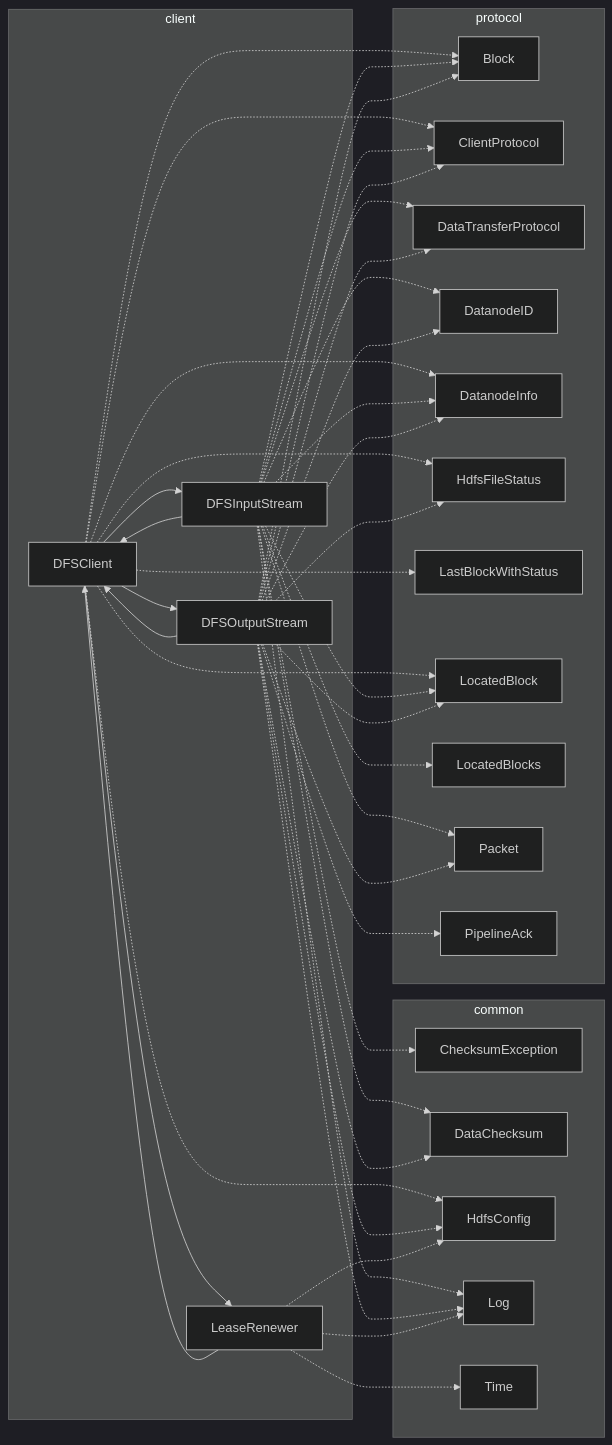
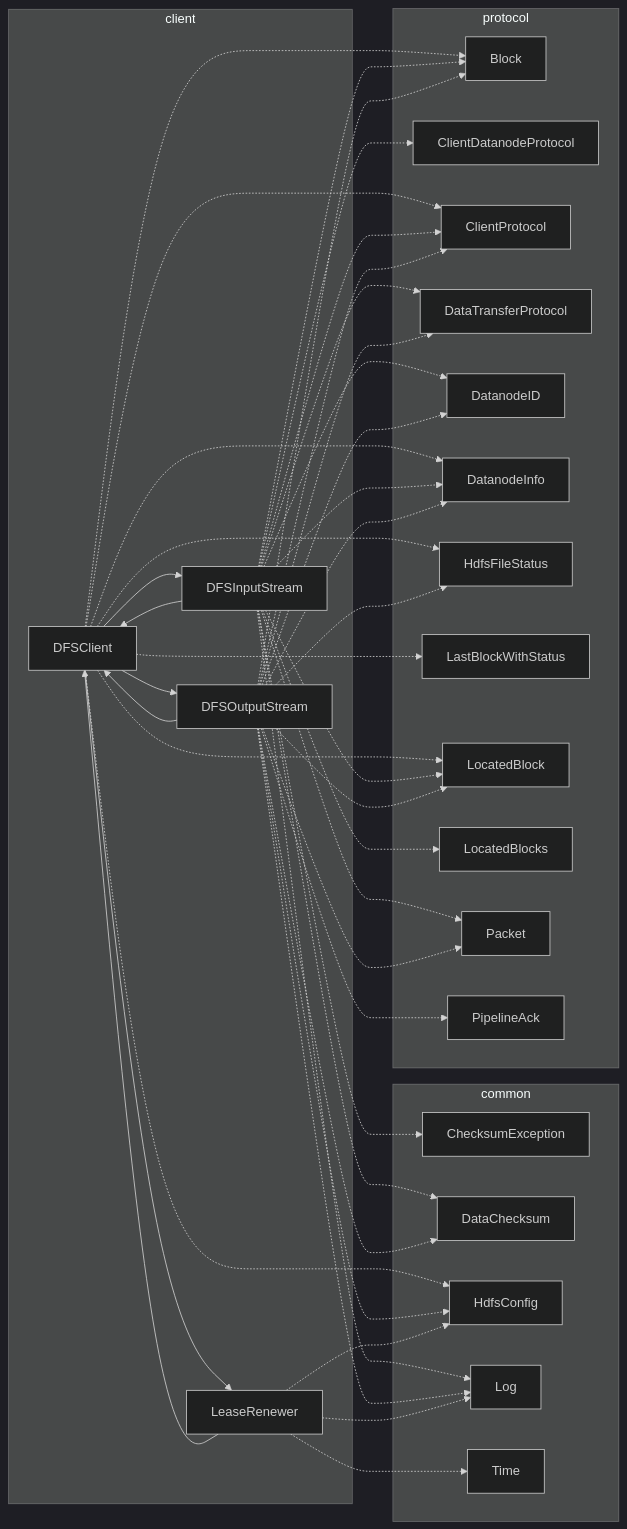
The third of 11 diagrams in docs/DEPENDENCIES.md (catothi/edudfs), drawn with Mermaid (dark theme) before and after one commit. The commit also changed other lines of this file and 6 other files, not shown here.

First line of the commit message:
Docs: EduBase documentation, README section, dependency graphs

````diff
--- a/docs/DEPENDENCIES.md
+++ b/docs/DEPENDENCIES.md
@@ -193,68 +196,70 @@
 ```mermaid
 flowchart LR
     subgraph client_box["client"]
         client_DFSClient["DFSClient"]
         client_DFSInputStream["DFSInputStream"]
         client_DFSOutputStream["DFSOutputStream"]
         client_LeaseRenewer["LeaseRenewer"]
     end
     subgraph common_ext_client["common"]
         common_ChecksumException["ChecksumException"]
         common_DataChecksum["DataChecksum"]
         common_HdfsConfig["HdfsConfig"]
         common_Log["Log"]
         common_Time["Time"]
     end
     subgraph protocol_ext_client["protocol"]
         protocol_Block["Block"]
+        protocol_ClientDatanodeProtocol["ClientDatanodeProtocol"]
         protocol_ClientProtocol["ClientProtocol"]
         protocol_DataTransferProtocol["DataTransferProtocol"]
         protocol_DatanodeID["DatanodeID"]
         protocol_DatanodeInfo["DatanodeInfo"]
         protocol_HdfsFileStatus["HdfsFileStatus"]
         protocol_LastBlockWithStatus["LastBlockWithStatus"]
         protocol_LocatedBlock["LocatedBlock"]
         protocol_LocatedBlocks["LocatedBlocks"]
         protocol_Packet["Packet"]
         protocol_PipelineAck["PipelineAck"]
     end
     client_DFSClient --> client_DFSInputStream
     client_DFSClient --> client_DFSOutputStream
     client_DFSClient --> client_LeaseRenewer
     client_DFSClient -.-> common_HdfsConfig
     client_DFSClient -.-> protocol_Block
     client_DFSClient -.-> protocol_ClientProtocol
     client_DFSClient -.-> protocol_DatanodeInfo
     client_DFSClient -.-> protocol_HdfsFileStatus
     client_DFSClient -.-> protocol_LastBlockWithStatus
     client_DFSClient -.-> protocol_LocatedBlock
     client_DFSInputStream --> client_DFSClient
     client_DFSInputStream -.-> common_ChecksumException
     client_DFSInputStream -.-> common_DataChecksum
     client_DFSInputStream -.-> common_Log
     client_DFSInputStream -.-> protocol_Block
+    client_DFSInputStream -.-> protocol_ClientDatanodeProtocol
     client_DFSInputStream -.-> protocol_ClientProtocol
     client_DFSInputStream -.-> protocol_DataTransferProtocol
     client_DFSInputStream -.-> protocol_DatanodeID
     client_DFSInputStream -.-> protocol_DatanodeInfo
     client_DFSInputStream -.-> protocol_LocatedBlock
     client_DFSInputStream -.-> protocol_LocatedBlocks
     client_DFSInputStream -.-> protocol_Packet
     client_DFSOutputStream --> client_DFSClient
     client_DFSOutputStream -.-> common_DataChecksum
     client_DFSOutputStream -.-> common_HdfsConfig
     client_DFSOutputStream -.-> common_Log
     client_DFSOutputStream -.-> protocol_Block
     client_DFSOutputStream -.-> protocol_ClientProtocol
     client_DFSOutputStream -.-> protocol_DataTransferProtocol
     client_DFSOutputStream -.-> protocol_DatanodeID
     client_DFSOutputStream -.-> protocol_DatanodeInfo
     client_DFSOutputStream -.-> protocol_HdfsFileStatus
     client_DFSOutputStream -.-> protocol_LocatedBlock
     client_DFSOutputStream -.-> protocol_Packet
     client_DFSOutputStream -.-> protocol_PipelineAck
     client_LeaseRenewer --> client_DFSClient
     client_LeaseRenewer -.-> common_HdfsConfig
     client_LeaseRenewer -.-> common_Log
     client_LeaseRenewer -.-> common_Time
 ```
````
